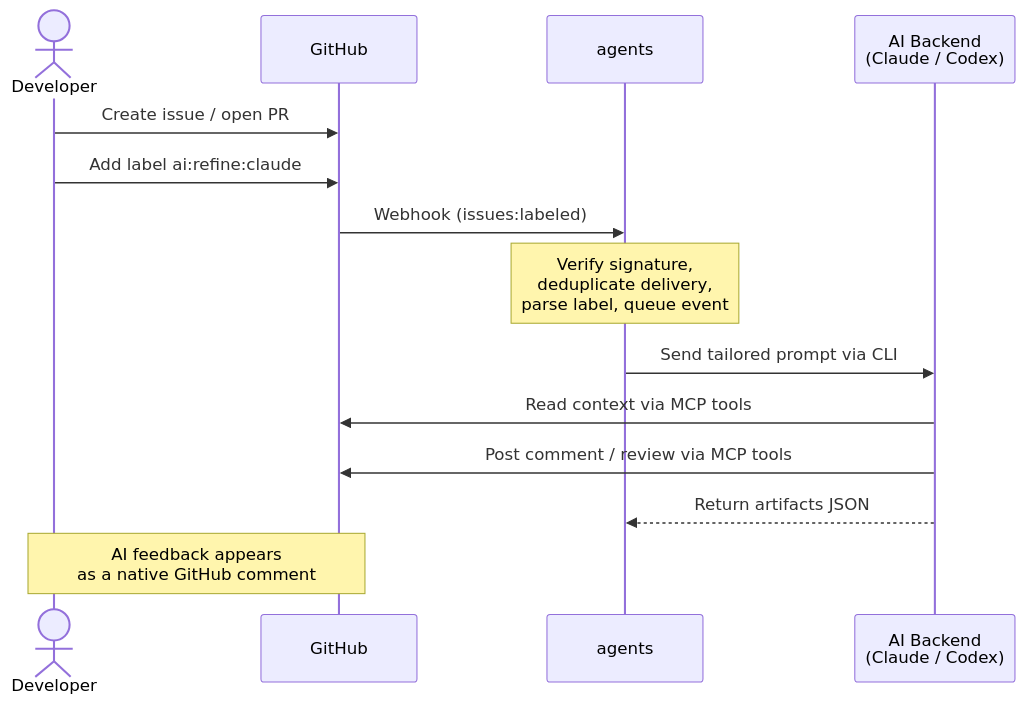
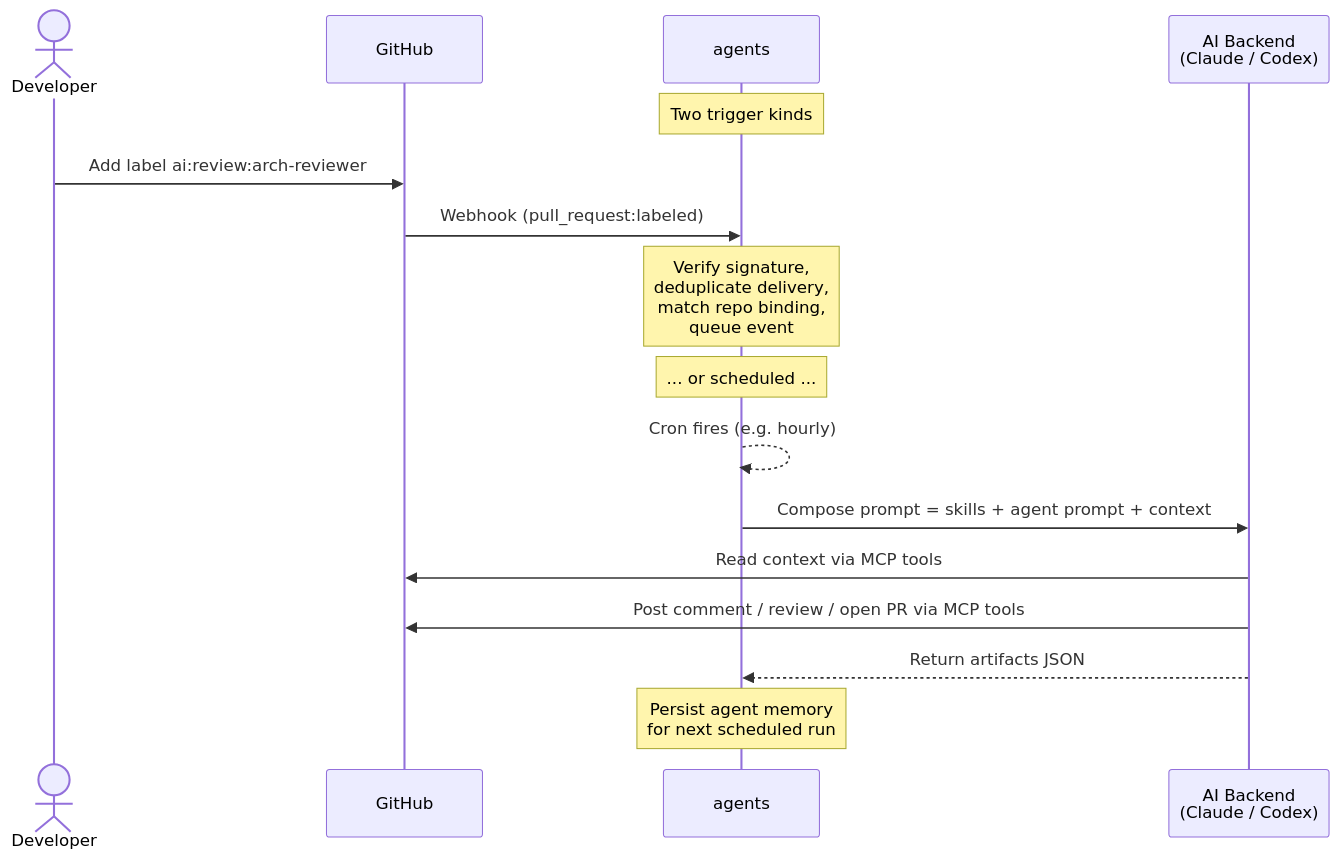
The diagram in README.md (eloylp/agents), drawn with Mermaid before and after one commit. The commit also changed other lines of this file and 1 other file, not shown here.

First line of the commit message:
docs: sync README and CLAUDE.md with new config architecture

````diff
--- a/README.md
+++ b/README.md
@@ -23,20 +24,21 @@
 ```mermaid
 sequenceDiagram
     actor Dev as Developer
     participant GH as GitHub
     participant D as agents
     participant AI as AI Backend<br/>(Claude / Codex)
 
-    Dev->>GH: Create issue / open PR
-    Dev->>GH: Add label  ai:refine:claude
+    Note over D: Two trigger kinds
+    Dev->>GH: Add label  ai:review:arch-reviewer
+    GH->>D: Webhook (pull_request:labeled)
+    Note over D: Verify signature,<br/>deduplicate delivery,<br/>match repo binding,<br/>queue event
 
-    GH->>D: Webhook (issues:labeled)
-    Note over D: Verify signature,<br/>deduplicate delivery,<br/>parse label, queue event
+    Note over D: ... or scheduled ...
+    D-->>D: Cron fires (e.g. hourly)
 
-    D->>AI: Send tailored prompt via CLI
+    D->>AI: Compose prompt = skills + agent prompt + context
     AI->>GH: Read context via MCP tools
-    AI->>GH: Post comment / review via MCP tools
+    AI->>GH: Post comment / review / open PR via MCP tools
     AI-->>D: Return artifacts JSON
-
-    Note over Dev,GH: AI feedback appears<br/>as a native GitHub comment
+    Note over D: Persist agent memory<br/>for next scheduled run
 ```
````
